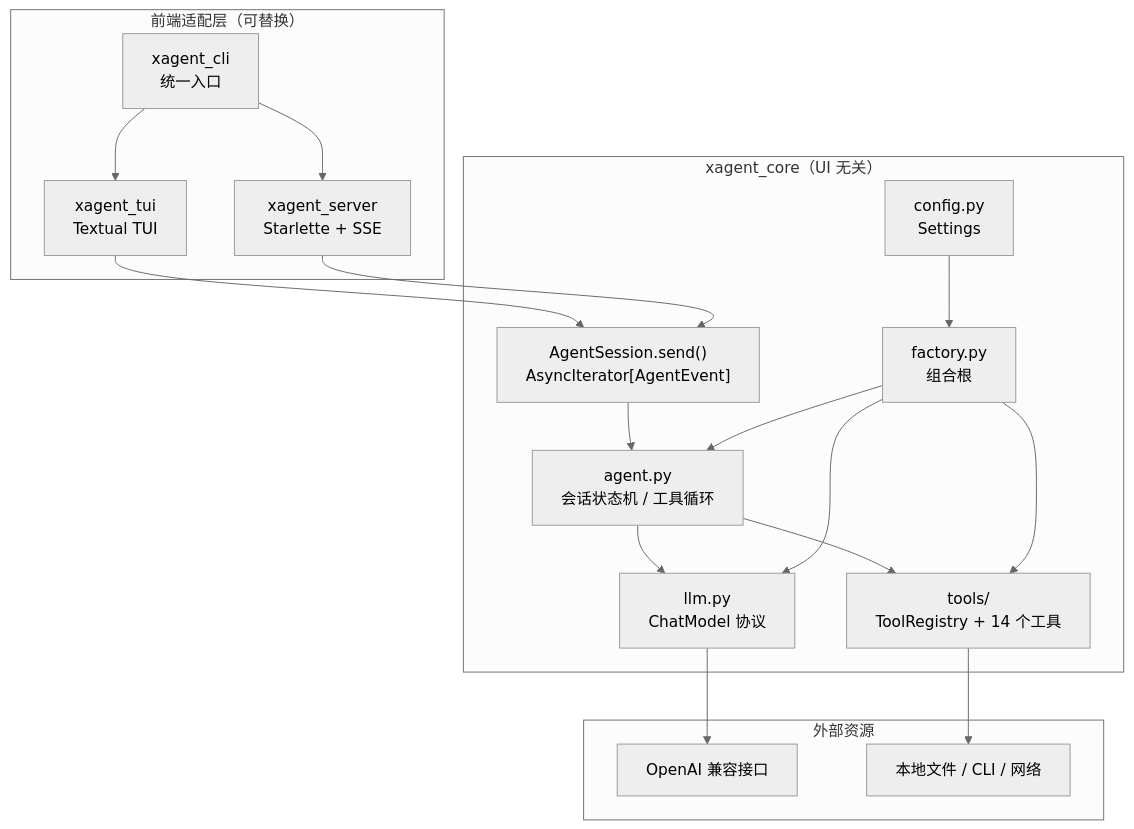
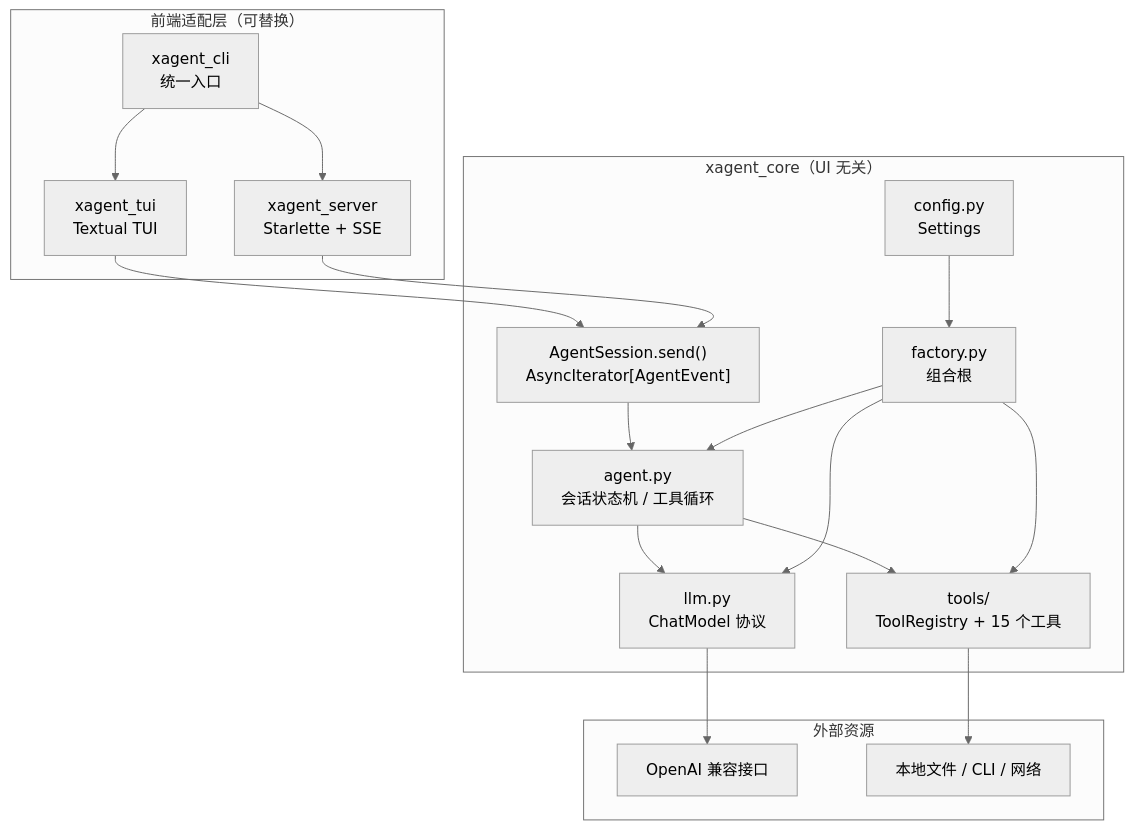
One commit to weiwei150/weiwei150 changed the diagram in agent/xagent/README.md. Above: the diagram before and after it, drawn with Mermaid (neutral theme). The commit also changed other lines of this file and 8 other files, not shown here.

````diff
--- a/agent/xagent/README.md
+++ b/agent/xagent/README.md
@@ -86,35 +88,35 @@
 ```mermaid
 flowchart TB
     subgraph FRONT["前端适配层（可替换）"]
         TUI["xagent_tui<br/>Textual TUI"]
         WEB["xagent_server<br/>Starlette + SSE"]
         CLI["xagent_cli<br/>统一入口"]
     end
 
     subgraph CORE["xagent_core（UI 无关）"]
         API["AgentSession.send()<br/>AsyncIterator[AgentEvent]"]
         AGENT["agent.py<br/>会话状态机 / 工具循环"]
         LLM["llm.py<br/>ChatModel 协议"]
-        TOOLS["tools/<br/>ToolRegistry + 14 个工具"]
+        TOOLS["tools/<br/>ToolRegistry + 15 个工具"]
         CONFIG["config.py<br/>Settings"]
         FACTORY["factory.py<br/>组合根"]
     end
 
     subgraph EXT["外部资源"]
         APIEXT["OpenAI 兼容接口"]
         FS["本地文件 / CLI / 网络"]
     end
 
     CLI --> TUI
     CLI --> WEB
     TUI --> API
     WEB --> API
 
     API --> AGENT
     AGENT --> LLM --> APIEXT
     AGENT --> TOOLS --> FS
     FACTORY --> AGENT
     FACTORY --> LLM
     FACTORY --> TOOLS
     CONFIG --> FACTORY
 ```
````
